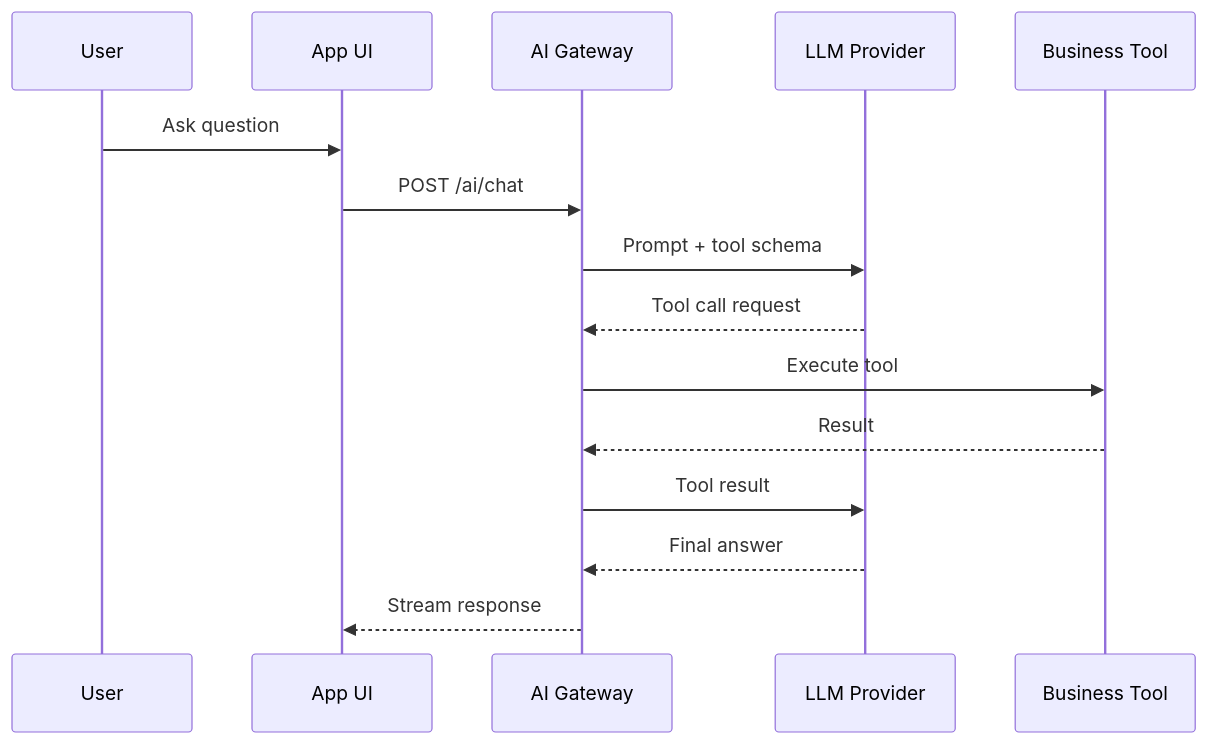
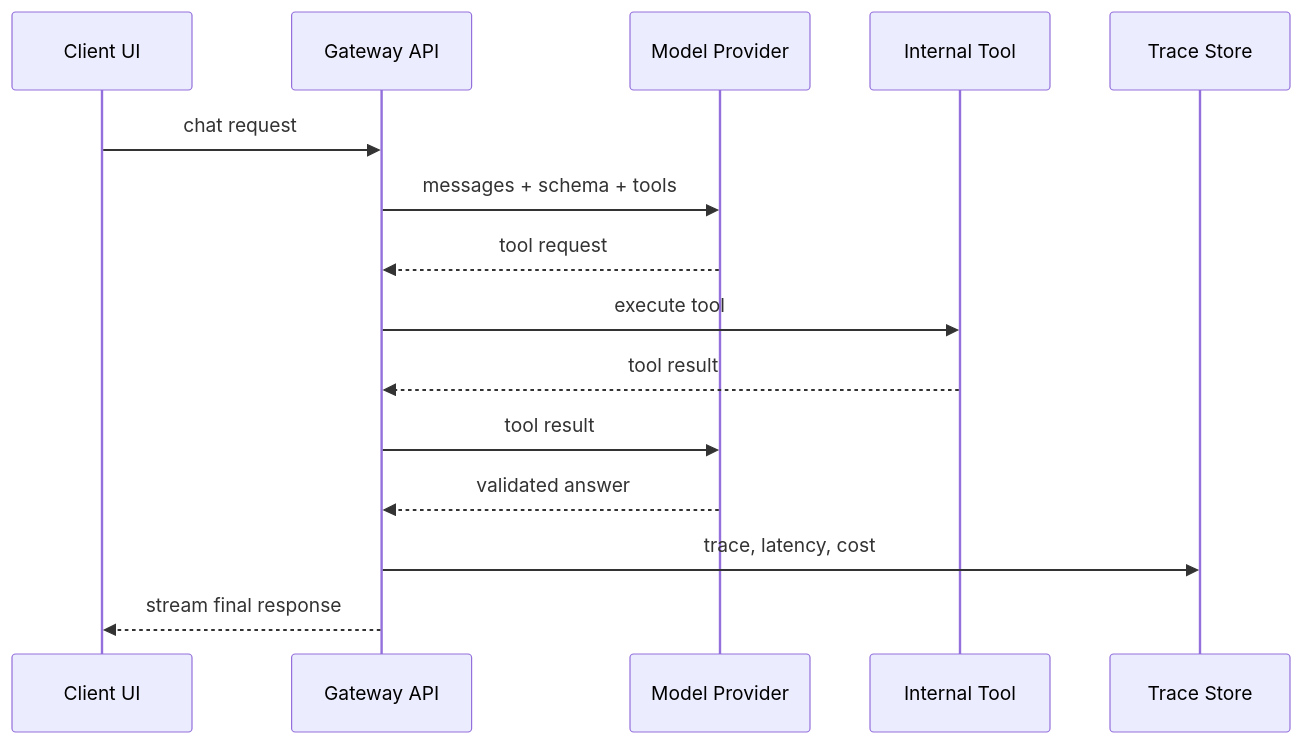
Before and after one commit to AnkitParekh007/Agentic-Engineering-Playbook: the diagram in docs/01-llm-foundations/overview.md, drawn with Mermaid. The commit also changed other lines of this file and 42 other files, not shown here.

````diff
--- a/docs/01-llm-foundations/overview.md
+++ b/docs/01-llm-foundations/overview.md
@@ -22,18 +17,18 @@
 ```mermaid
 sequenceDiagram
-  participant U as User
-  participant UI as App UI
-  participant API as AI Gateway
-  participant LLM as LLM Provider
-  participant Tool as Business Tool
+  participant UI as Client UI
+  participant API as Gateway API
+  participant LLM as Model Provider
+  participant Tool as Internal Tool
+  participant DB as Trace Store
 
-  U->>UI: Ask question
-  UI->>API: POST /ai/chat
-  API->>LLM: Prompt + tool schema
-  LLM-->>API: Tool call request
-  API->>Tool: Execute tool
-  Tool-->>API: Result
-  API->>LLM: Tool result
-  LLM-->>API: Final answer
-  API-->>UI: Stream response
+  UI->>API: chat request
+  API->>LLM: messages + schema + tools
+  LLM-->>API: tool request
+  API->>Tool: execute tool
+  Tool-->>API: tool result
+  API->>LLM: tool result
+  LLM-->>API: validated answer
+  API->>DB: trace, latency, cost
+  API-->>UI: stream final response
 ```
````
